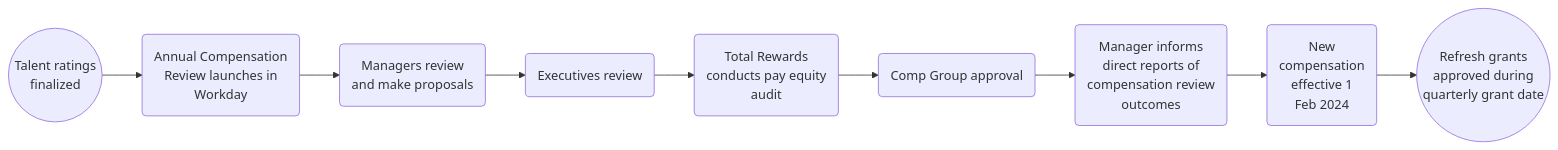
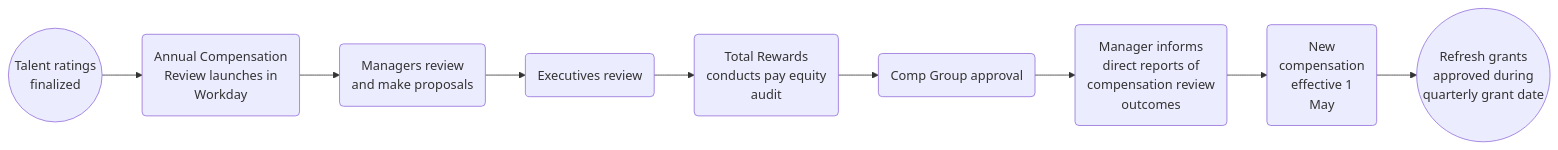
The diagram in content/handbook/total-rewards/compensation/compensation-review-cycle/_index.md (zalyoung/gitlab-handbook), drawn with Mermaid before and after one commit.

Commit message:
Update Comp Mermaid chart

````diff
--- a/content/handbook/total-rewards/compensation/compensation-review-cycle/_index.md
+++ b/content/handbook/total-rewards/compensation/compensation-review-cycle/_index.md
@@ -24,21 +24,21 @@
 ```mermaid
 graph LR
     start((Talent ratings<br/>finalized))
     step_acr_launch(Annual Compensation<br/>Review launches in<br/>Workday)
     step_mgr_review(Managers review<br/>and make proposals)
     step_exec_review(Executives review)
     step_pay_equity(Total Rewards<br/>conducts pay equity<br/>audit)
     step_comp_group(Comp Group approval)
     step_manager_comm(Manager informs<br/>direct reports of<br/>compensation review<br>outcomes)
-    step_comp_effective(New<br/>compensation<br/>effective 1<br/>Feb 2024)
+    step_comp_effective(New<br/>compensation<br/>effective 1<br/>May)
     stop((Refresh grants<br/>approved during<br/>quarterly grant date))
 
     start-->step_acr_launch
     step_acr_launch-->step_mgr_review
     step_mgr_review-->step_exec_review
     step_exec_review-->step_pay_equity
     step_pay_equity-->step_comp_group
     step_comp_group--> step_manager_comm
     step_manager_comm--> step_comp_effective
     step_comp_effective--> stop
 ```
````
